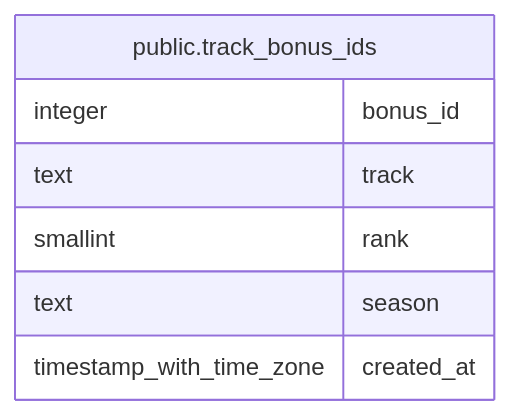
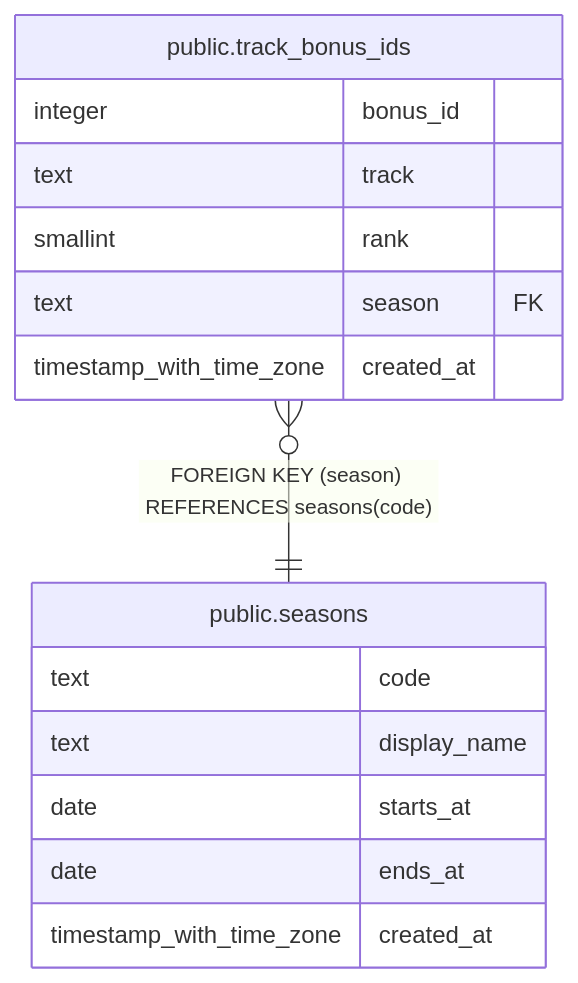
One commit to katogaming88/WGA-Raid-Hub changed the diagram in dbdoc/public.track_bonus_ids.md. Above: the diagram before and after it, drawn with Mermaid. The commit also changed other lines of this file and 64 other files, not shown here.

First line of the commit message:
A seasons table, a foreign key on every season column, and the sync keeping the team's stamp (v3.123.0) (#1194)

````diff
--- a/dbdoc/public.track_bonus_ids.md
+++ b/dbdoc/public.track_bonus_ids.md
@@ -31,12 +32,20 @@
 ```mermaid
 erDiagram
 
+"public.track_bonus_ids" }o--|| "public.seasons" : "FOREIGN KEY (season) REFERENCES seasons(code)"
 
 "public.track_bonus_ids" {
   integer bonus_id
   text track
   smallint rank
-  text season
+  text season FK
+  timestamp_with_time_zone created_at
+}
+"public.seasons" {
+  text code
+  text display_name
+  date starts_at
+  date ends_at
   timestamp_with_time_zone created_at
 }
 ```
````
